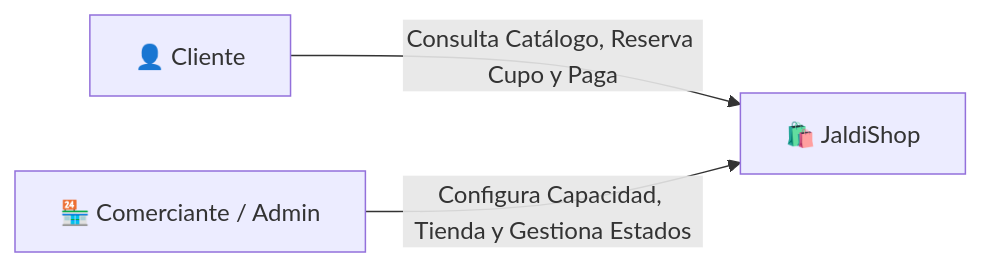
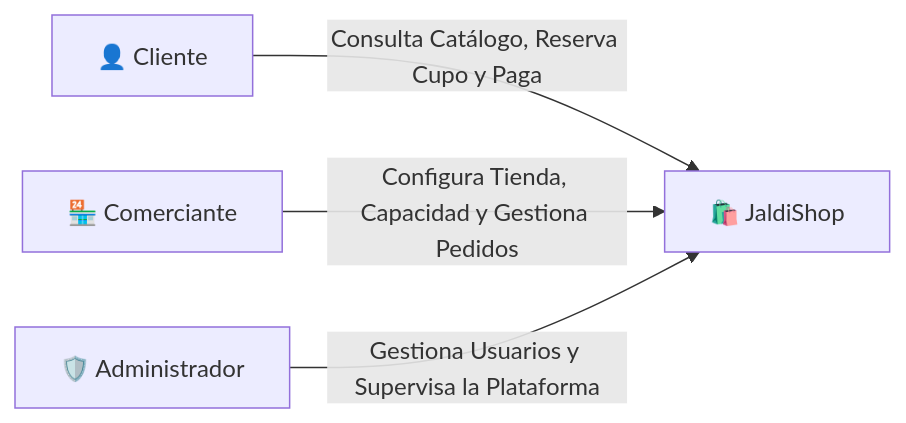
Before and after one commit to iJosueeh/jaldishop: the first of 3 diagrams in docs/03-requisitos/alcance-mvp.md, drawn with Mermaid. The commit also changed other lines of this file and 3 other files, not shown here.

````diff
--- a/docs/03-requisitos/alcance-mvp.md
+++ b/docs/03-requisitos/alcance-mvp.md
@@ -35,5 +41,6 @@
 ```mermaid
 flowchart LR
     A[👤 Cliente] -->|Consulta Catálogo, Reserva Cupo y Paga| P[🛍️ JaldiShop]
-    B[🏪 Comerciante / Admin] -->|Configura Capacidad, Tienda y Gestiona Estados| P
+    B[🏪 Comerciante] -->|Configura Tienda, Capacidad y Gestiona Pedidos| P
+    C[🛡️ Administrador] -->|Gestiona Usuarios y Supervisa la Plataforma| P
 ```
````
